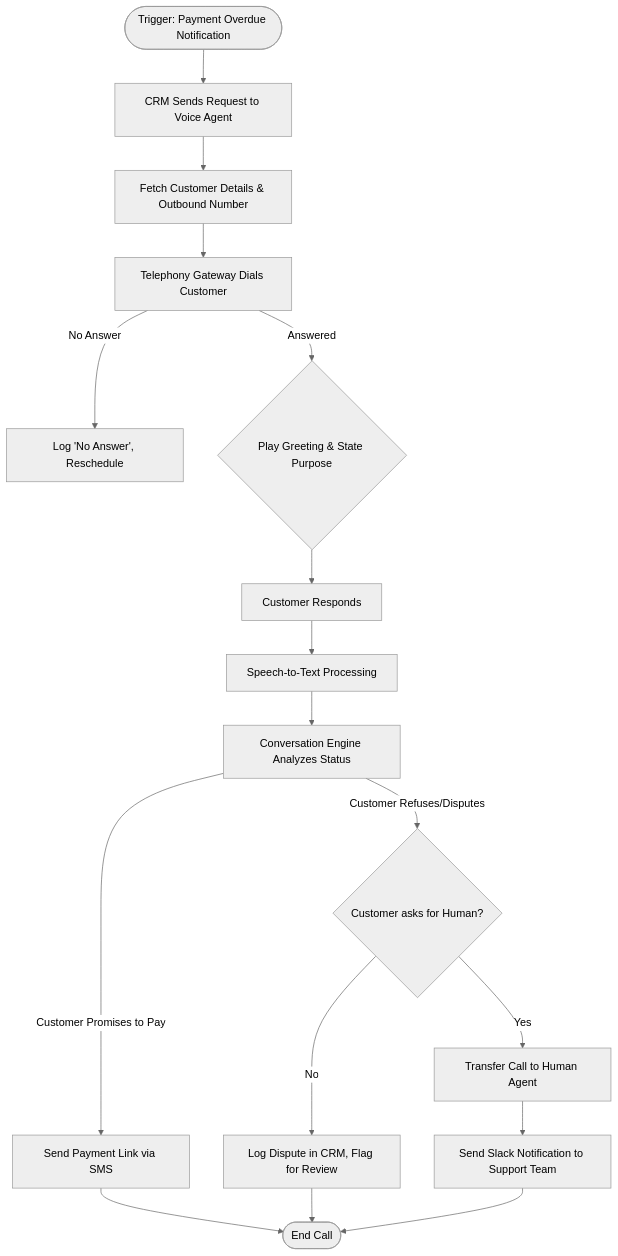
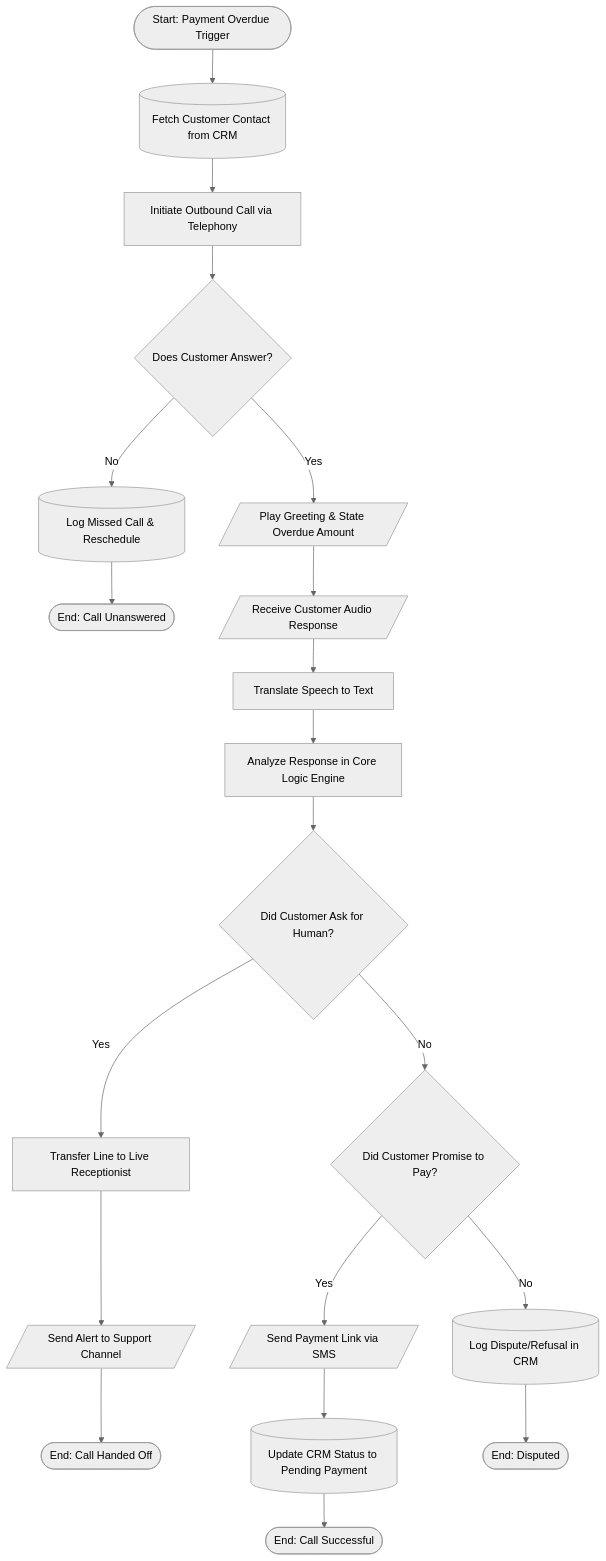
The second of 3 diagrams in Codefeast_Voice_Agent_Design.md (Tpg1993/smart-voice-agent), drawn with Mermaid (neutral theme) before and after one commit. The commit also changed other lines of this file, not shown here.

Commit message:
Update flowcharts to use standard flowchart geometric symbols

````diff
--- a/Codefeast_Voice_Agent_Design.md
+++ b/Codefeast_Voice_Agent_Design.md
@@ -51,19 +59,29 @@
 ```mermaid
 graph TD
-    A([Trigger: Payment Overdue Notification]) --> B[CRM Sends Request to Voice Agent]
-    B --> C[Fetch Customer Details & Outbound Number]
-    C --> D[Telephony Gateway Dials Customer]
-    D -- No Answer --> E[Log 'No Answer', Reschedule]
-    D -- Answered --> F{Play Greeting & State Purpose}
-    F --> G[Customer Responds]
-    G --> H[Speech-to-Text Processing]
-    H --> I[Conversation Engine Analyzes Status]
-    I -- Customer Promises to Pay --> J[Send Payment Link via SMS]
-    I -- Customer Refuses/Disputes --> K{Customer asks for Human?}
-    K -- Yes --> L[Transfer Call to Human Agent]
-    K -- No --> M[Log Dispute in CRM, Flag for Review]
-    L --> N[Send Slack Notification to Support Team]
-    J --> O[Log Call Details & End]
-    M --> O([End Call])
-    N --> O
+    %% Standard Flowchart Symbols Used here
+    Start([Start: Payment Overdue Trigger]) --> FetchData[(Fetch Customer Contact from CRM)]
+    FetchData --> InitCall[Initiate Outbound Call via Telephony]
+    InitCall --> CallConnected{Does Customer Answer?}
+    
+    CallConnected -- No --> LogMissed[(Log Missed Call & Reschedule)]
+    LogMissed --> EndCallMissed([End: Call Unanswered])
+    
+    CallConnected -- Yes --> PlayGreeting[/Play Greeting & State Overdue Amount/]
+    PlayGreeting --> ListenInput[/Receive Customer Audio Response/]
+    ListenInput --> SpeechToText[Translate Speech to Text]
+    SpeechToText --> AnalyzeResponse[Analyze Response in Core Logic Engine]
+    AnalyzeResponse --> CheckEscalation{Did Customer Ask for Human?}
+    
+    CheckEscalation -- Yes --> TransferOperation[Transfer Line to Live Receptionist]
+    TransferOperation --> PingSlack[/Send Alert to Support Channel/]
+    PingSlack --> EndCallEscalated([End: Call Handed Off])
+    
+    CheckEscalation -- No --> CheckPromise{Did Customer Promise to Pay?}
+    
+    CheckPromise -- Yes --> SendLink[/Send Payment Link via SMS/]
+    SendLink --> UpdateStatus[(Update CRM Status to Pending Payment)]
+    UpdateStatus --> EndCallSuccess([End: Call Successful])
+    
+    CheckPromise -- No --> LogDispute[(Log Dispute/Refusal in CRM)]
+    LogDispute --> EndCallDispute([End: Disputed])
 ```
````
